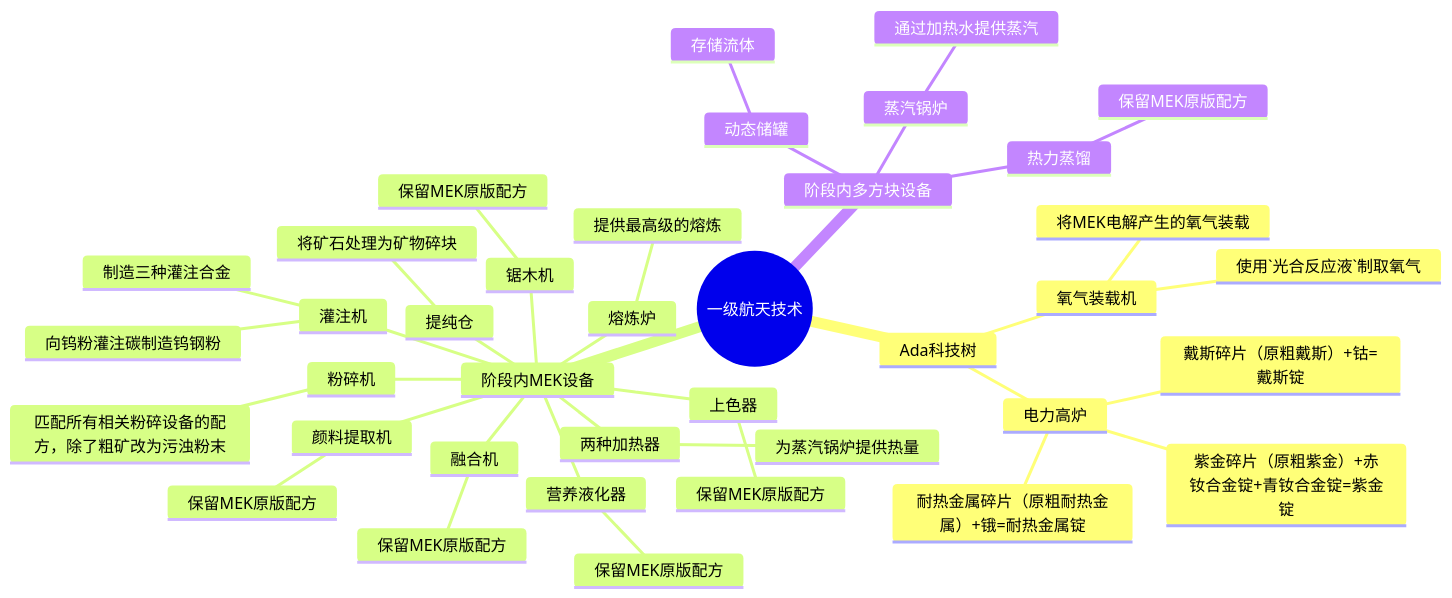
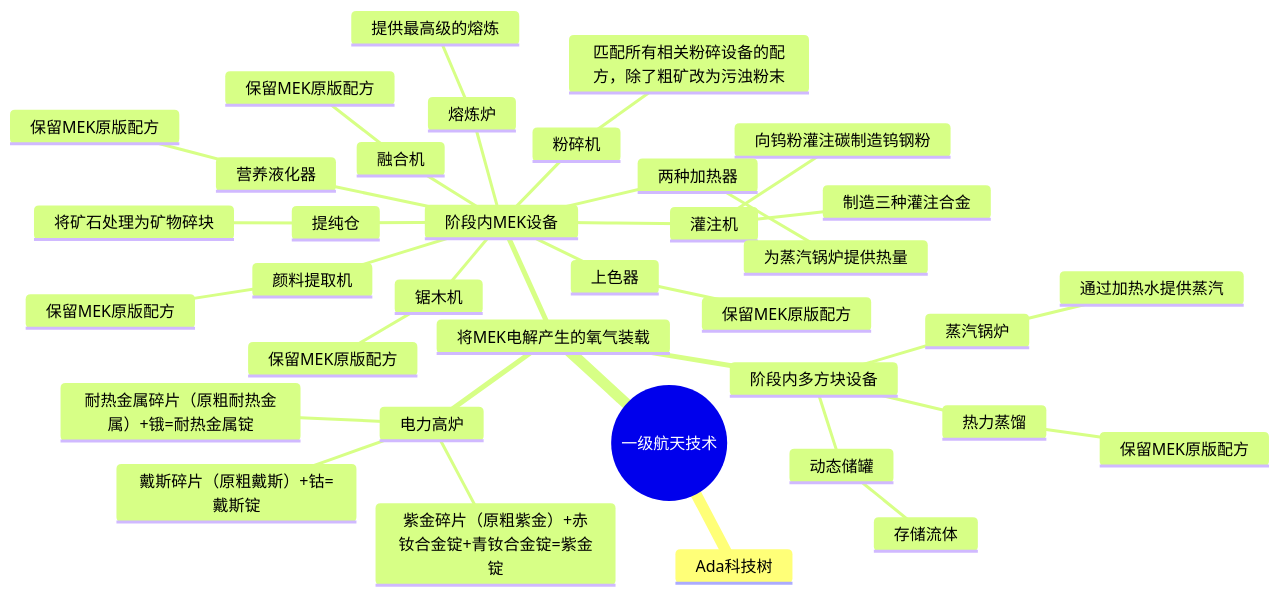
One commit to VechniMetel/CodeNameCIM2 changed the second of 5 diagrams in Developer/TechTreeMap.md. Above: the diagram before and after it, drawn with Mermaid. The commit also changed other lines of this file and 4 other files, not shown here.

````diff
--- a/Developer/TechTreeMap.md
+++ b/Developer/TechTreeMap.md
@@ -13,41 +15,39 @@
 ``` mermaid
 mindmap
     root((一级航天技术))
         Ada科技树
-            氧气装载机
-                使用`光合反应液`制取氧气
-                将MEK电解产生的氧气装载
+		    将MEK电解产生的氧气装载
             电力高炉
                 戴斯碎片（原粗戴斯）+钴=戴斯锭
                 紫金碎片（原粗紫金）+赤钕合金锭+青钕合金锭=紫金锭
                 耐热金属碎片（原粗耐热金属）+锇=耐热金属锭
         阶段内MEK设备
             提纯仓
                 将矿石处理为矿物碎块
             灌注机
                 向钨粉灌注碳制造钨钢粉
                 制造三种灌注合金
             熔炼炉
                 提供最高级的熔炼
             锯木机
                 保留MEK原版配方
             营养液化器
                 保留MEK原版配方
             粉碎机
                 匹配所有相关粉碎设备的配方，除了粗矿改为污浊粉末
             融合机
                 保留MEK原版配方
             颜料提取机
                 保留MEK原版配方
             上色器
                 保留MEK原版配方
             两种加热器
                 为蒸汽锅炉提供热量
         阶段内多方块设备
             蒸汽锅炉
                 通过加热水提供蒸汽
             动态储罐
                 存储流体
             热力蒸馏
                 保留MEK原版配方
 ```
````
